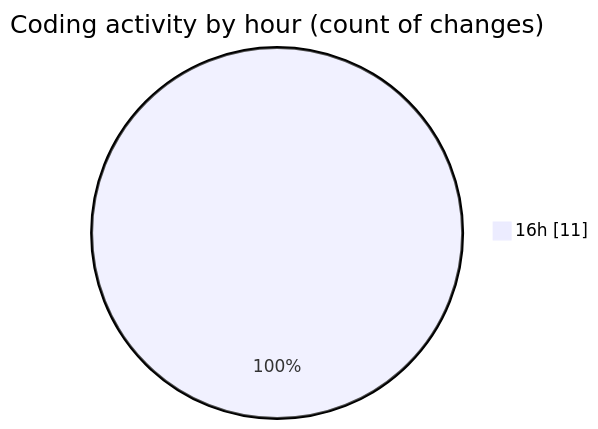
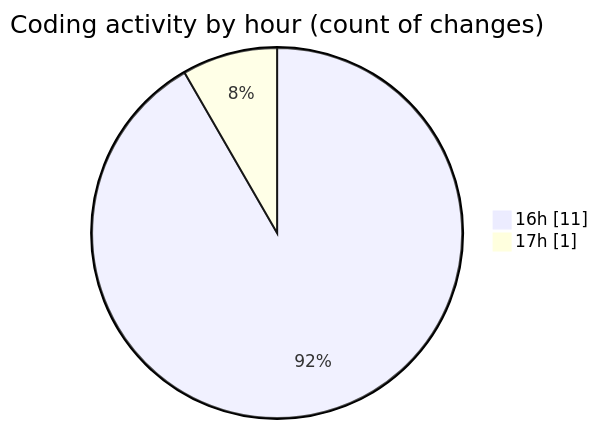
One commit to NitaiMahat/code-tracking changed the second of 2 diagrams in 2025-01-28/java/README.md. Above: the diagram before and after it, drawn with Mermaid. The commit also changed other lines of this file and 1 other file, not shown here.

````diff
--- a/2025-01-28/java/README.md
+++ b/2025-01-28/java/README.md
@@ -29,5 +30,6 @@
 ```mermaid
 pie showData
 title Coding activity by hour (count of changes)
 "16h" : 11
+"17h" : 1
 ```
````
